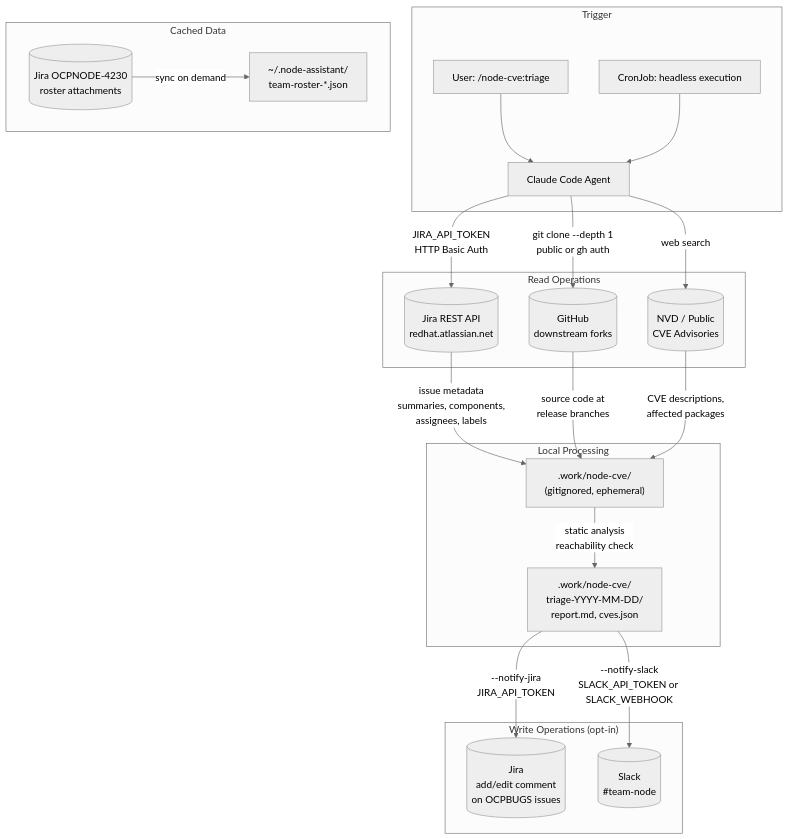
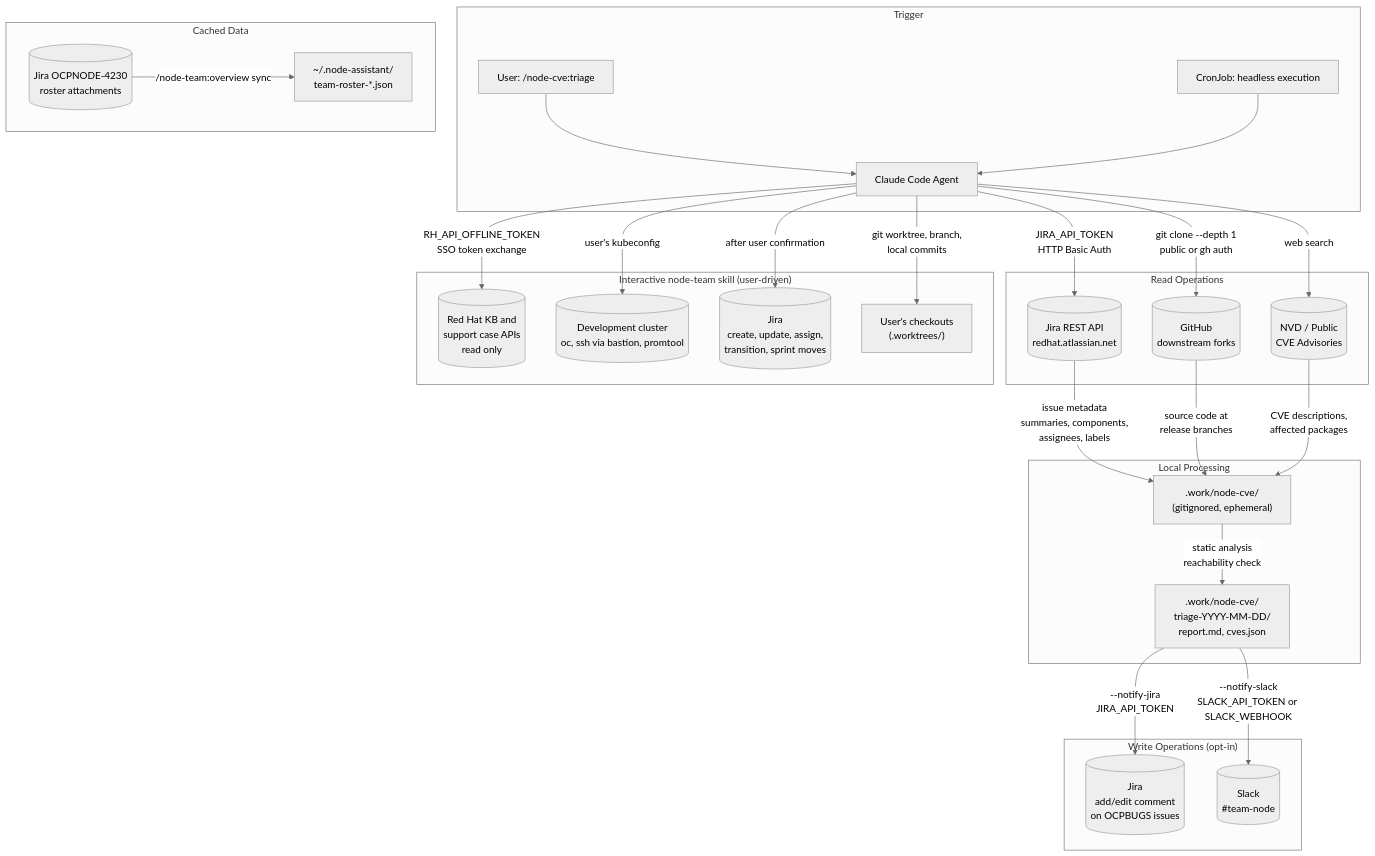
Before and after one commit to openshift-eng/ai-helpers: the diagram in plugins/node-team/docs/compliance/dataflow.md, drawn with Mermaid (neutral theme). The commit also changed other lines of this file and 52 other files, not shown here.

````diff
--- a/plugins/node-team/docs/compliance/dataflow.md
+++ b/plugins/node-team/docs/compliance/dataflow.md
@@ -7,31 +7,38 @@
 ```mermaid
 flowchart TD
     subgraph Trigger
         A1[User: /node-cve:triage] --> AGENT
         A2[CronJob: headless execution] --> AGENT
     end
 
     AGENT[Claude Code Agent]
 
     subgraph "Read Operations"
         AGENT -->|"JIRA_API_TOKEN<br/>HTTP Basic Auth"| JIRA_R[(Jira REST API<br/>redhat.atlassian.net)]
         AGENT -->|"git clone --depth 1<br/>public or gh auth"| GH[(GitHub<br/>downstream forks)]
         AGENT -->|"web search"| NVD[(NVD / Public<br/>CVE Advisories)]
     end
 
     subgraph "Local Processing"
         JIRA_R -->|"issue metadata<br/>summaries, components,<br/>assignees, labels"| LOCAL
         GH -->|"source code at<br/>release branches"| LOCAL[".work/node-cve/<br/>(gitignored, ephemeral)"]
         NVD -->|"CVE descriptions,<br/>affected packages"| LOCAL
         LOCAL -->|"static analysis<br/>reachability check"| REPORT[".work/node-cve/<br/>triage-YYYY-MM-DD/<br/>report.md, cves.json"]
     end
 
     subgraph "Write Operations (opt-in)"
         REPORT -->|"--notify-jira<br/>JIRA_API_TOKEN"| JIRA_W[(Jira<br/>add/edit comment<br/>on OCPBUGS issues)]
         REPORT -->|"--notify-slack<br/>SLACK_API_TOKEN or SLACK_WEBHOOK"| SLACK[(Slack<br/>#team-node)]
     end
 
     subgraph "Cached Data"
-        ROSTER[(Jira OCPNODE-4230<br/>roster attachments)] -->|"sync on demand"| CACHE["~/.node-assistant/<br/>team-roster-*.json"]
+        ROSTER[(Jira OCPNODE-4230<br/>roster attachments)] -->|"/node-team:overview sync"| CACHE["~/.node-assistant/<br/>team-roster-*.json"]
+    end
+
+    subgraph "Interactive node-team skill (user-driven)"
+        AGENT -->|"RH_API_OFFLINE_TOKEN<br/>SSO token exchange"| RHAPI[(Red Hat KB and<br/>support case APIs<br/>read only)]
+        AGENT -->|"user's kubeconfig"| CLUSTER[(Development cluster<br/>oc, ssh via bastion, promtool)]
+        AGENT -->|"after user confirmation"| JIRA_I[(Jira<br/>create, update, assign,<br/>transition, sprint moves)]
+        AGENT -->|"git worktree, branch,<br/>local commits"| WT["User's checkouts<br/>(.worktrees/)"]
     end
 ```
````
